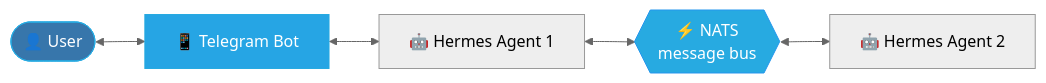
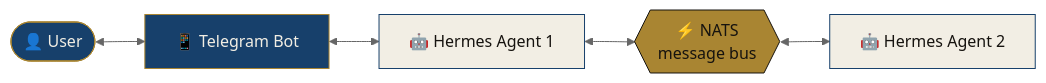
One commit to PabloRS98/PabloRS98 changed the diagram in README.md. Above: the diagram before and after it, drawn with Mermaid (neutral theme). The commit also changed other lines of this file and 26 other files, not shown here.

````diff
--- a/README.md
+++ b/README.md
@@ -56,11 +38,13 @@
 ```mermaid
 flowchart LR
     U(["👤 User"]) <--> TG["📱 Telegram Bot"]
     TG <--> H1["🤖 Hermes Agent 1"]
     H1 <--> N{{"⚡ NATS<br>message bus"}}
     N <--> H2["🤖 Hermes Agent 2"]
 
-    style U fill:#3776AB,stroke:#27AAE1,color:#fff
-    style TG fill:#26A5E4,stroke:#27AAE1,color:#fff
-    style N fill:#27AAE1,stroke:#2496ED,color:#fff
+    style U fill:#17406b,stroke:#a98532,color:#f2eee4
+    style TG fill:#17406b,stroke:#a98532,color:#f2eee4
+    style H1 fill:#f2eee4,stroke:#17406b,color:#16130f
+    style H2 fill:#f2eee4,stroke:#17406b,color:#16130f
+    style N fill:#a98532,stroke:#16130f,color:#16130f
 ```
````
